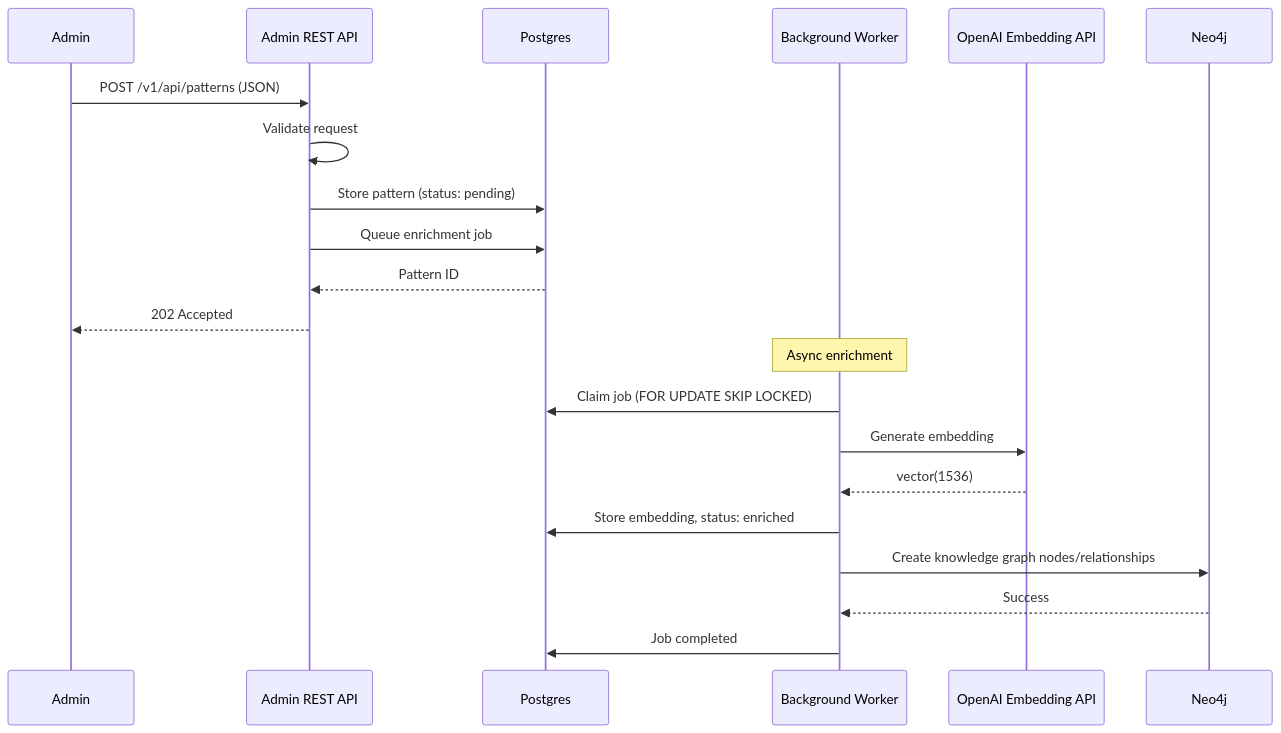
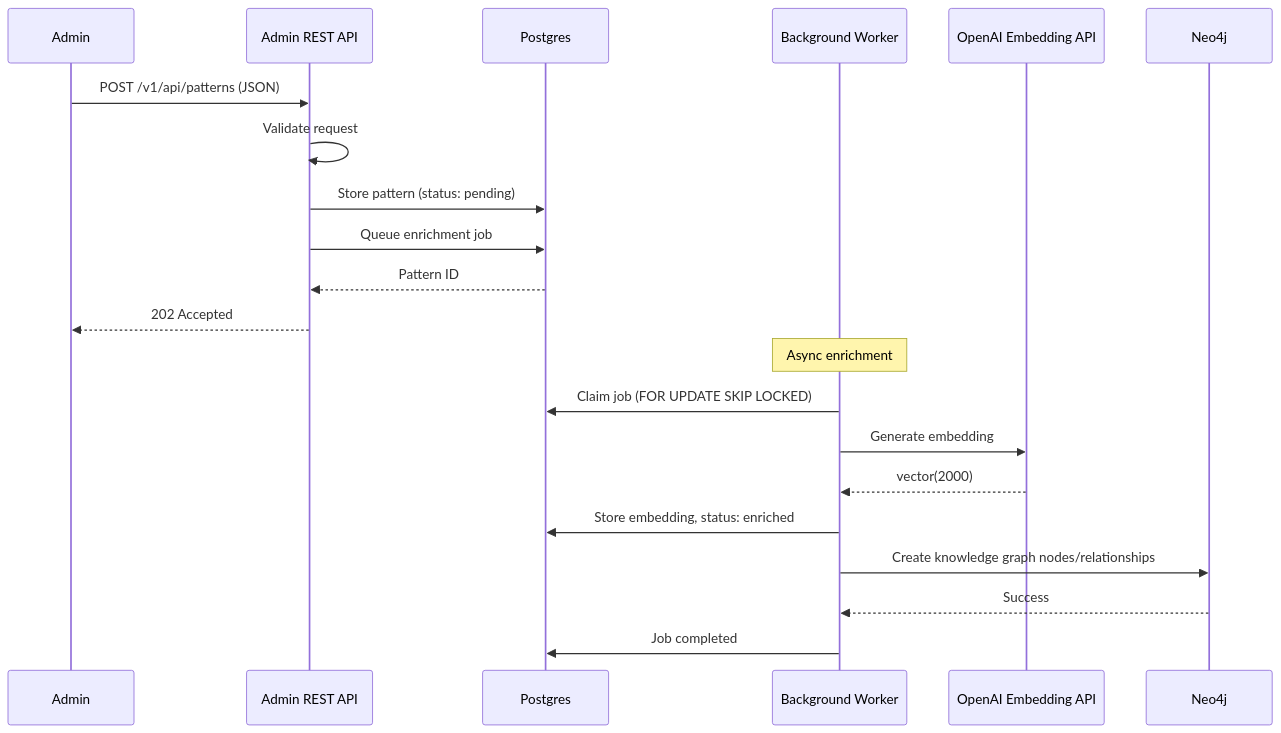
The fourth of 6 diagrams in docs/architecture/system/02-system-architecture.md (twistingmercury/mnemonic-docs), drawn with Mermaid before and after one commit. The commit also changed other lines of this file and 8 other files, not shown here.

````diff
--- a/docs/architecture/system/02-system-architecture.md
+++ b/docs/architecture/system/02-system-architecture.md
@@ -203,25 +193,25 @@
 ```mermaid
 sequenceDiagram
     participant Admin
     participant REST as Admin REST API
     participant PG as Postgres
     participant WORKER as Background Worker
     participant OPENAI as OpenAI Embedding API
     participant NEO as Neo4j
 
     Admin->>REST: POST /v1/api/patterns (JSON)
     REST->>REST: Validate request
     REST->>PG: Store pattern (status: pending)
     REST->>PG: Queue enrichment job
     PG-->>REST: Pattern ID
     REST-->>Admin: 202 Accepted
 
     Note over WORKER: Async enrichment
     WORKER->>PG: Claim job (FOR UPDATE SKIP LOCKED)
     WORKER->>OPENAI: Generate embedding
-    OPENAI-->>WORKER: vector(1536)
+    OPENAI-->>WORKER: vector(2000)
     WORKER->>PG: Store embedding, status: enriched
     WORKER->>NEO: Create knowledge graph nodes/relationships
     NEO-->>WORKER: Success
     WORKER->>PG: Job completed
 ```
````
